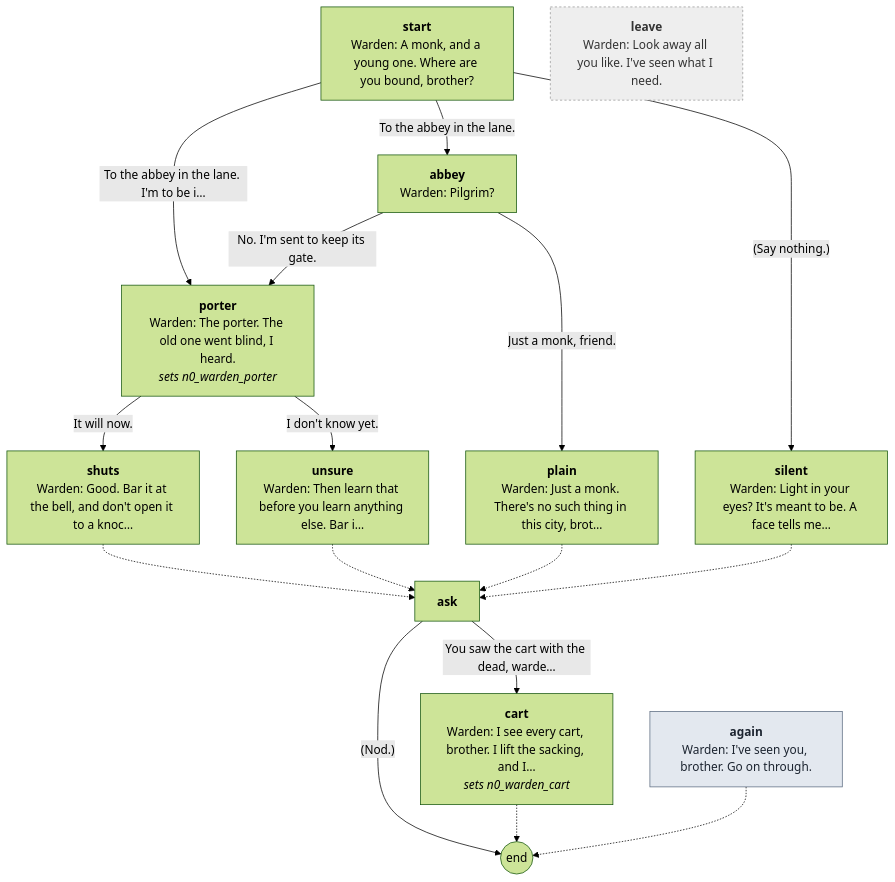
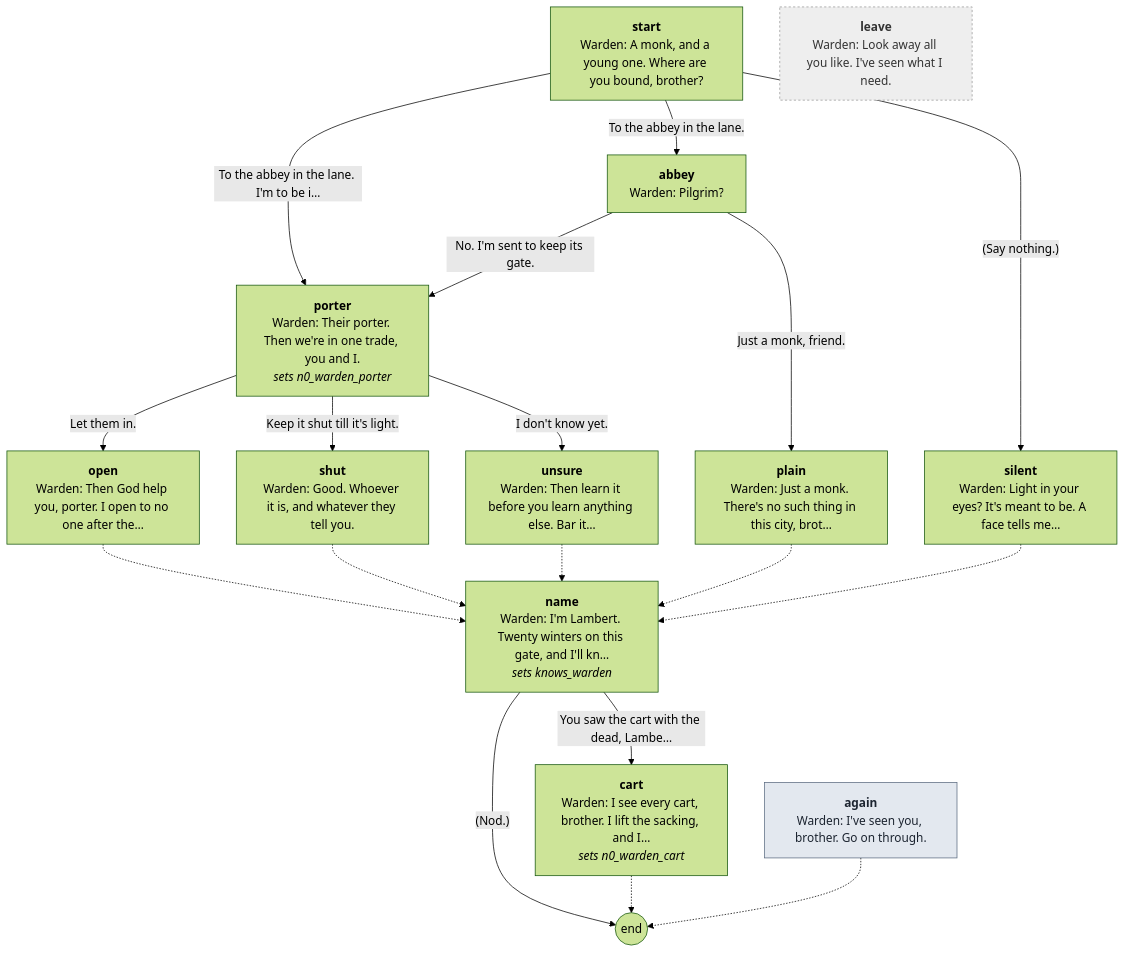
Before and after one commit to toastynaan/the-porter: diagram 19 of 19 in docs/script/night0.md, drawn with Mermaid (forest theme). The commit also changed other lines of this file and 19 other files, not shown here.

````diff
--- a/docs/script/night0.md
+++ b/docs/script/night0.md
@@ -3866,35 +3993,38 @@
 ```mermaid
 flowchart TD
   p_start["<b>start</b><br/>Warden: A monk, and a young one. Where are you bound, brother?"]
-  p_porter["<b>porter</b><br/>Warden: The porter. The old one went blind, I heard.<br/><i>sets n0_warden_porter</i>"]
-  p_shuts["<b>shuts</b><br/>Warden: Good. Bar it at the bell, and don't open it to a knoc…"]
-  p_unsure["<b>unsure</b><br/>Warden: Then learn that before you learn anything else. Bar i…"]
+  p_porter["<b>porter</b><br/>Warden: Their porter. Then we're in one trade, you and I.<br/><i>sets n0_warden_porter</i>"]
+  p_open["<b>open</b><br/>Warden: Then God help you, porter. I open to no one after the…"]
+  p_shut["<b>shut</b><br/>Warden: Good. Whoever it is, and whatever they tell you."]
+  p_unsure["<b>unsure</b><br/>Warden: Then learn it before you learn anything else. Bar it…"]
   p_abbey["<b>abbey</b><br/>Warden: Pilgrim?"]
   p_plain["<b>plain</b><br/>Warden: Just a monk. There's no such thing in this city, brot…"]
   p_silent["<b>silent</b><br/>Warden: Light in your eyes? It's meant to be. A face tells me…"]
-  p_ask["<b>ask</b>"]
+  p_name["<b>name</b><br/>Warden: I'm Lambert. Twenty winters on this gate, and I'll kn…<br/><i>sets knows_warden</i>"]
   p_cart["<b>cart</b><br/>Warden: I see every cart, brother. I lift the sacking, and I…<br/><i>sets n0_warden_cart</i>"]
   p_again["<b>again</b><br/>Warden: I've seen you, brother. Go on through."]
   p_leave["<b>leave</b><br/>Warden: Look away all you like. I've seen what I need."]
   end_((end))
   p_start -->|"To the abbey in the lane. I'm to be i…"| p_porter
   p_start -->|"To the abbey in the lane."| p_abbey
   p_start -->|"(Say nothing.)"| p_silent
-  p_porter -->|"It will now."| p_shuts
+  p_porter -->|"Let them in."| p_open
+  p_porter -->|"Keep it shut till it's light."| p_shut
   p_porter -->|"I don't know yet."| p_unsure
-  p_shuts -.-> p_ask
-  p_unsure -.-> p_ask
+  p_open -.-> p_name
+  p_shut -.-> p_name
+  p_unsure -.-> p_name
   p_abbey -->|"No. I'm sent to keep its gate."| p_porter
   p_abbey -->|"Just a monk, friend."| p_plain
-  p_plain -.-> p_ask
-  p_silent -.-> p_ask
-  p_ask -->|"You saw the cart with the dead, warde…"| p_cart
-  p_ask -->|"(Nod.)"| end_
+  p_plain -.-> p_name
+  p_silent -.-> p_name
+  p_name -->|"You saw the cart with the dead, Lambe…"| p_cart
+  p_name -->|"(Nod.)"| end_
   p_cart -.-> end_
   p_again -.-> end_
   classDef claim fill:#f3e3b5,stroke:#9a6b1a,color:#2b2116
   classDef again fill:#e3e8ef,stroke:#5b6b80,color:#1c2430
   classDef leave fill:#eee,stroke:#999,color:#333,stroke-dasharray: 3 3
   class p_again again
   class p_leave leave
 ```
````
